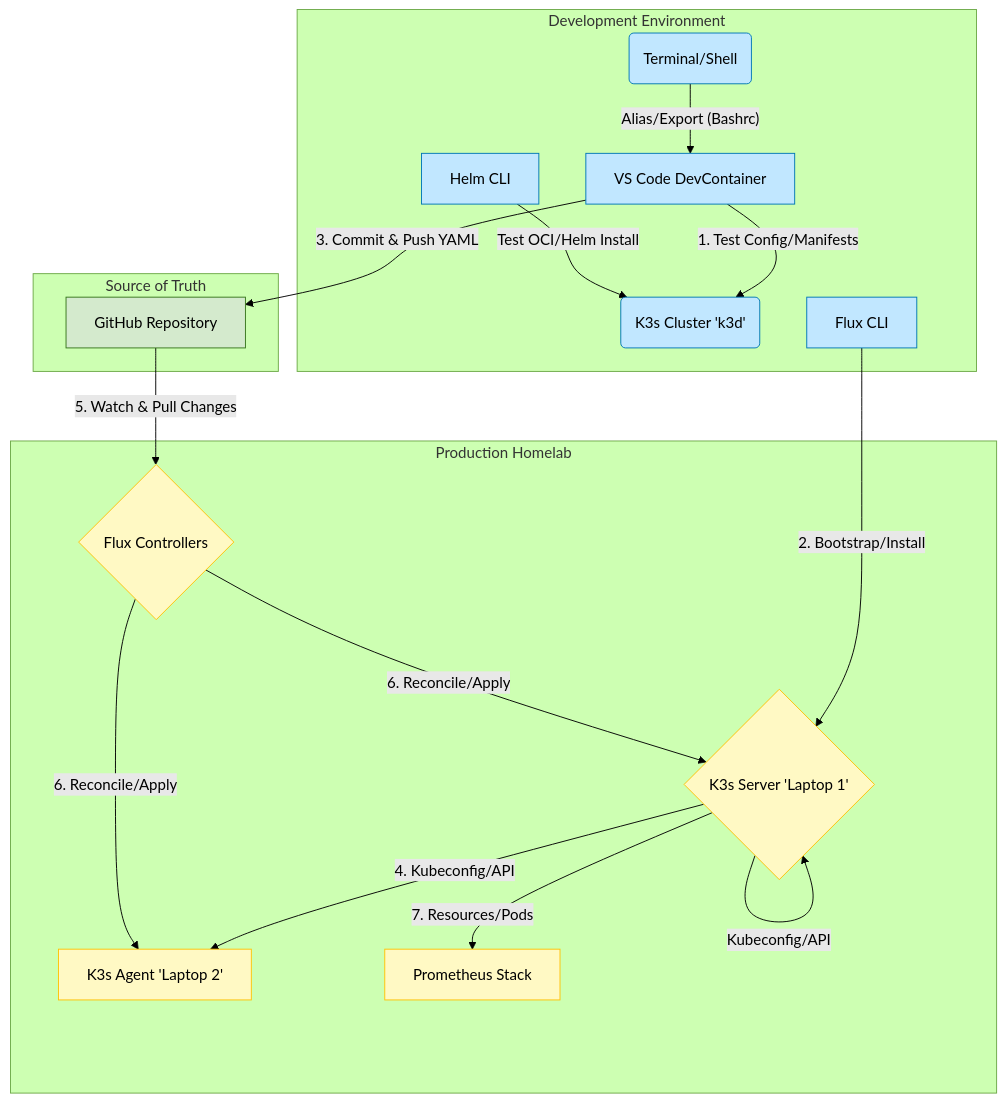
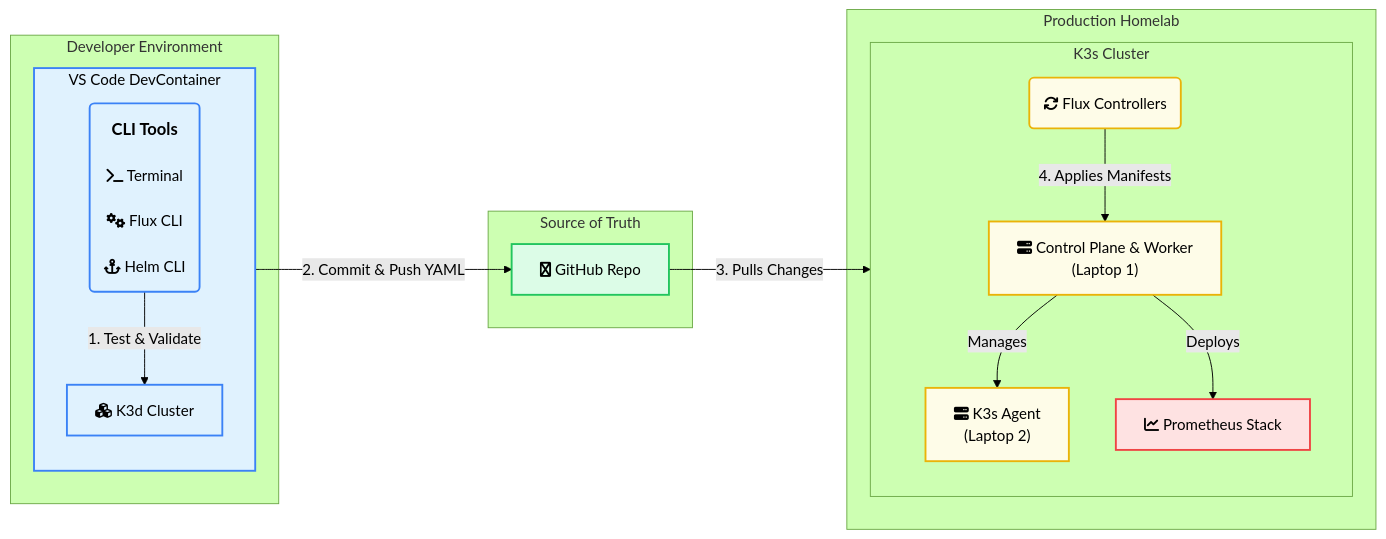
The diagram in setup/SETUP.md (prymost/homelab), drawn with Mermaid (forest theme) before and after one commit.

Commit message:
Update mermaid chart

````diff
--- a/setup/SETUP.md
+++ b/setup/SETUP.md
@@ -3,54 +3,55 @@
 ```mermaid
-graph TD
-    subgraph Development Environment
-        DEV[VS Code DevContainer]
-        TERMINAL(Terminal/Shell)
-        K3D(K3s Cluster 'k3d')
-        FLUX_CLI[Flux CLI]
-        HELM_CLI[Helm CLI]
+%% === Modern & Clean GitOps Flow (Revised) ===
+graph LR
+    %% Define styles, now with black text color for better visibility
+    classDef dev fill:#e0f2fe,stroke:#3b82f6,stroke-width:2px,color:black;
+    classDef git fill:#dcfce7,stroke:#22c55e,stroke-width:2px,color:black;
+    classDef prod fill:#fefce8,stroke:#eab308,stroke-width:2px,color:black;
+    classDef app fill:#fee2e2,stroke:#ef4444,stroke-width:2px,color:black;
+
+    %% === Section 1: Development Environment ===
+    subgraph Developer Environment
+        subgraph DEV_CONTAINER [VS Code DevContainer]
+            direction TB
+            TOOLS("
+                <div style='font-weight:bold; font-size:1.1em;'>CLI Tools</div>
+                fa:fa-terminal Terminal<br/>
+                fa:fa-cogs Flux CLI<br/>
+                fa:fa-anchor Helm CLI
+            ")
+            K3D[fa:fa-cubes K3d Cluster]
+        end
+        TOOLS -- "1. Test & Validate" --> K3D
     end
 
+    %% === Section 2: Source of Truth ===
     subgraph Source of Truth
-        GIT[GitHub Repository]
+        GIT[fa:fa-github GitHub Repo]
     end
 
+    %% === Section 3: Production Environment ===
     subgraph Production Homelab
-        K3S_CP{K3s Server 'Laptop 1'}
-        K3S_WK[K3s Agent 'Laptop 2']
-        FLUX_C{Flux Controllers}
-        APP[Prometheus Stack]
+        subgraph K3s Cluster
+            direction TB
+            FLUX_C(fa:fa-sync Flux Controllers)
+            %% Node text updated as requested
+            K3S_CP["fa:fa-server Control Plane & Worker<br/>(Laptop 1)"]
+            K3S_WK["fa:fa-server K3s Agent<br/>(Laptop 2)"]
+            APP[fa:fa-chart-line Prometheus Stack]
+
+            K3S_CP -- Manages --> K3S_WK
+            FLUX_C -- "4. Applies Manifests" --> K3S_CP
+            K3S_CP -- Deploys --> APP
+        end
     end
 
-    DEV -- 1. Test Config/Manifests --> K3D
-    TERMINAL -- Alias/Export (Bashrc) --> DEV
-    FLUX_CLI -- 2. Bootstrap/Install --> K3S_CP
-    HELM_CLI -- Test OCI/Helm Install --> K3D
+    %% === Main Workflow Connections ===
+    DEV_CONTAINER -- "2. Commit & Push YAML" --> GIT
+    GIT -- "3. Pulls Changes" --> FLUX_C
 
-    DEV -- 3. Commit & Push YAML --> GIT
-
-    K3S_CP -- 4. Kubeconfig/API --> K3S_WK
-    K3S_CP -- Kubeconfig/API --> K3S_CP
-
-    GIT -- 5. Watch & Pull Changes --> FLUX_C
-    FLUX_C -- 6. Reconcile/Apply --> K3S_CP
-    FLUX_C -- 6. Reconcile/Apply --> K3S_WK
-    K3S_CP -- 7. Resources/Pods --> APP
-
-    %% Styles with black text for readability
-
-    %% Development Environment (Light Blue/Teal)
-    style DEV fill:#C1E7FF,stroke:#0077B6,color:#000
-    style TERMINAL fill:#C1E7FF,stroke:#0077B6,color:#000
-    style K3D fill:#C1E7FF,stroke:#0077B6,color:#000
-    style FLUX_CLI fill:#C1E7FF,stroke:#0077B6,color:#000
-    style HELM_CLI fill:#C1E7FF,stroke:#0077B6,color:#000
-
-    %% Source of Truth (Light Green/Aqua)
-    style GIT fill:#D4EACD,stroke:#38761D,color:#000
-
-    %% Production Homelab (Light Yellow/Gold)
-    style K3S_CP fill:#FFF9C4,stroke:#FFC107,color:#000
-    style K3S_WK fill:#FFF9C4,stroke:#FFC107,color:#000
-    style FLUX_C fill:#FFF9C4,stroke:#FFC107,color:#000
-    style APP fill:#FFF9C4,stroke:#FFC107,color:#000
+    %% Apply defined styles to the nodes
+    class DEV_CONTAINER,K3D,TOOLS dev;
+    class GIT git;
+    class K3S_CP,K3S_WK,FLUX_C prod;
+    class APP app;
 ```
````
